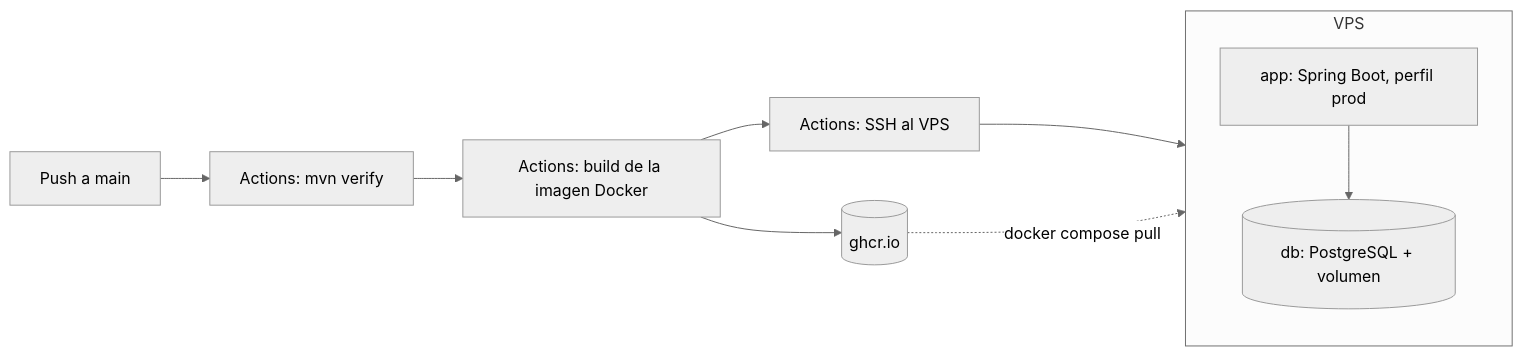
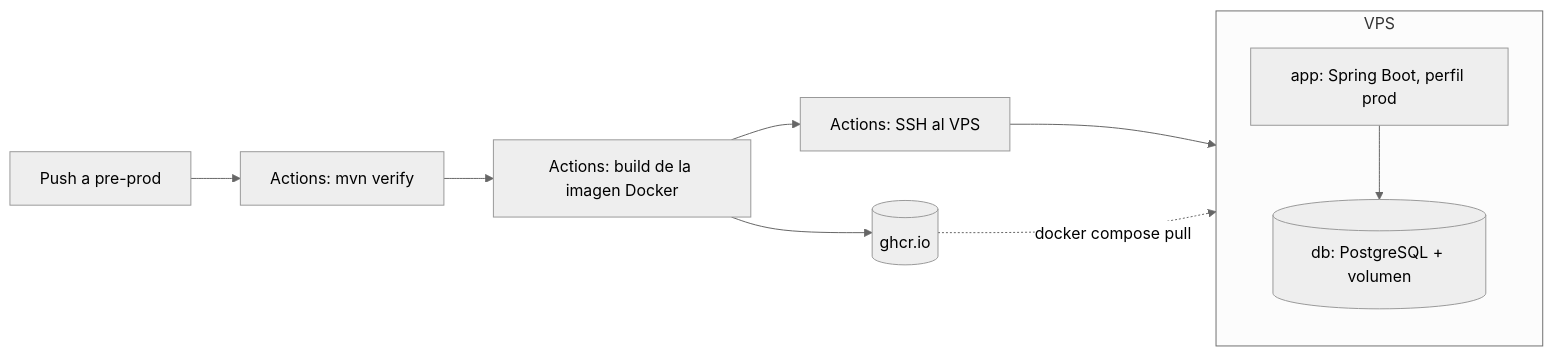
The diagram in docs/deploy.md (rociorusconi/archivo-digital-bardales-precopio-rusconi), drawn with Mermaid (neutral theme) before and after one commit. The commit also changed other lines of this file and 1 other file, not shown here.

Commit message:
Transversal -> Deploy desde la rama pre-prod

````diff
--- a/docs/deploy.md
+++ b/docs/deploy.md
@@ -7,12 +7,12 @@
 ```mermaid
 flowchart LR
-    dev[Push a main] --> test[Actions: mvn verify]
+    dev[Push a pre-prod] --> test[Actions: mvn verify]
     test --> image[Actions: build de la imagen Docker]
     image --> ghcr[(ghcr.io)]
     image --> deploy[Actions: SSH al VPS]
     deploy --> vps
     ghcr -. docker compose pull .-> vps
     subgraph vps[VPS]
         app[app: Spring Boot, perfil prod] --> db[(db: PostgreSQL + volumen)]
     end
 ```
````
